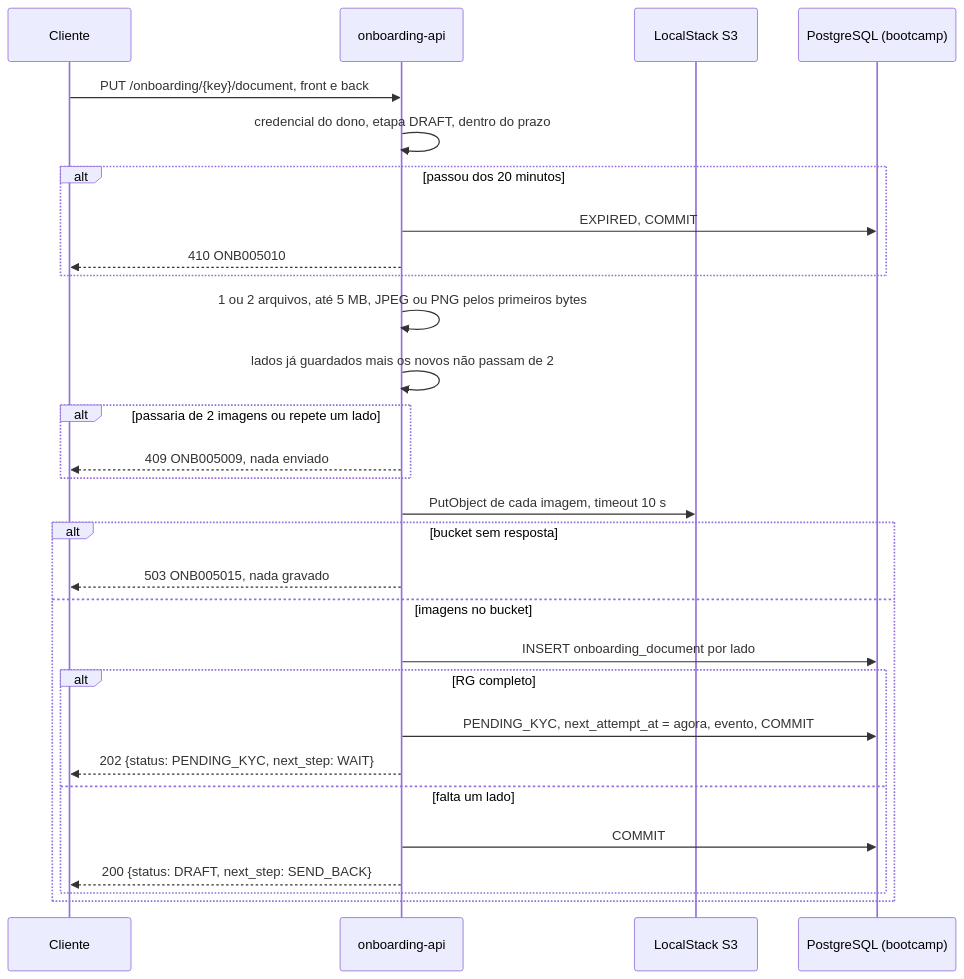
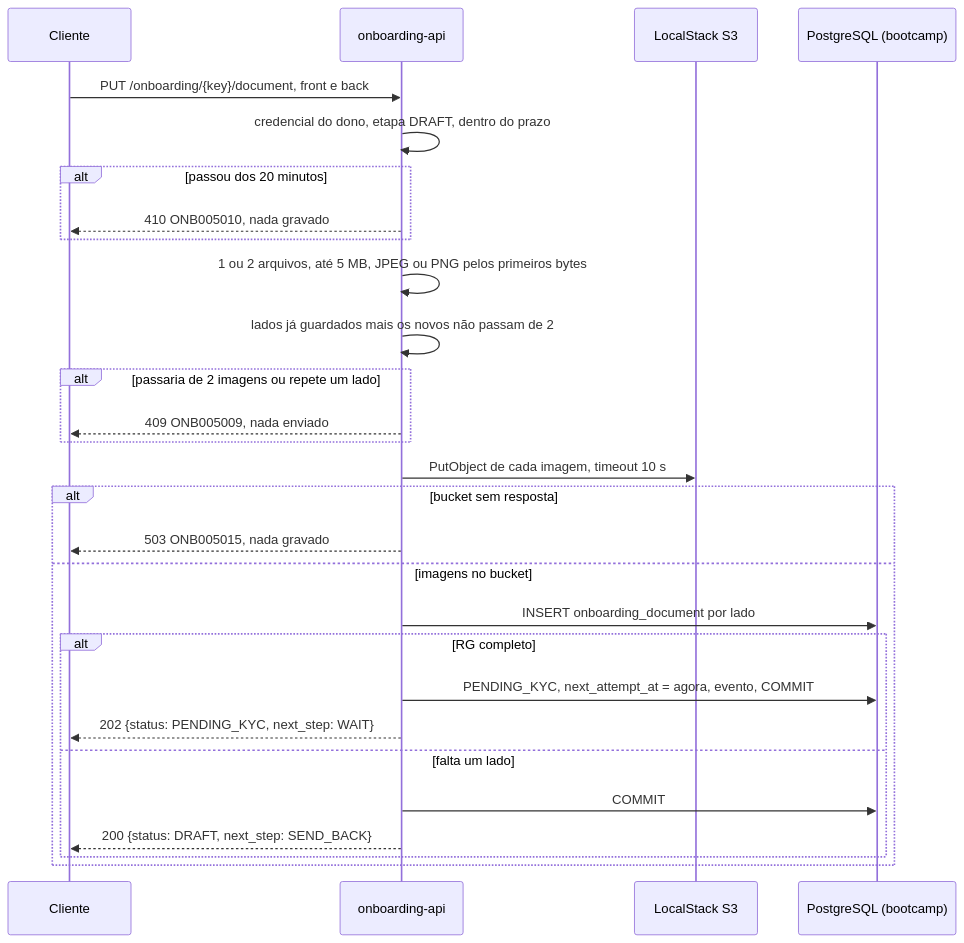
The eighth of 14 diagrams in docs/rfc/05-onboarding-api.md (eduardoVL123/bootcampQitech_bancoDigital), drawn with Mermaid before and after one commit. The commit also changed other lines of this file and 19 other files, not shown here.

````diff
--- a/docs/rfc/05-onboarding-api.md
+++ b/docs/rfc/05-onboarding-api.md
@@ -483,31 +485,30 @@
 ```mermaid
 sequenceDiagram
     participant C as Cliente
     participant O as onboarding-api
     participant S as LocalStack S3
     participant P as PostgreSQL (bootcamp)
     C->>O: PUT /onboarding/{key}/document, front e back
     O->>O: credencial do dono, etapa DRAFT, dentro do prazo
     alt passou dos 20 minutos
-        O->>P: EXPIRED, COMMIT
-        O-->>C: 410 ONB005010
+        O-->>C: 410 ONB005010, nada gravado
     end
     O->>O: 1 ou 2 arquivos, até 5 MB, JPEG ou PNG pelos primeiros bytes
     O->>O: lados já guardados mais os novos não passam de 2
     alt passaria de 2 imagens ou repete um lado
         O-->>C: 409 ONB005009, nada enviado
     end
     O->>S: PutObject de cada imagem, timeout 10 s
     alt bucket sem resposta
         O-->>C: 503 ONB005015, nada gravado
     else imagens no bucket
         O->>P: INSERT onboarding_document por lado
         alt RG completo
             O->>P: PENDING_KYC, next_attempt_at = agora, evento, COMMIT
             O-->>C: 202 {status: PENDING_KYC, next_step: WAIT}
         else falta um lado
             O->>P: COMMIT
             O-->>C: 200 {status: DRAFT, next_step: SEND_BACK}
         end
     end
 ```
````
